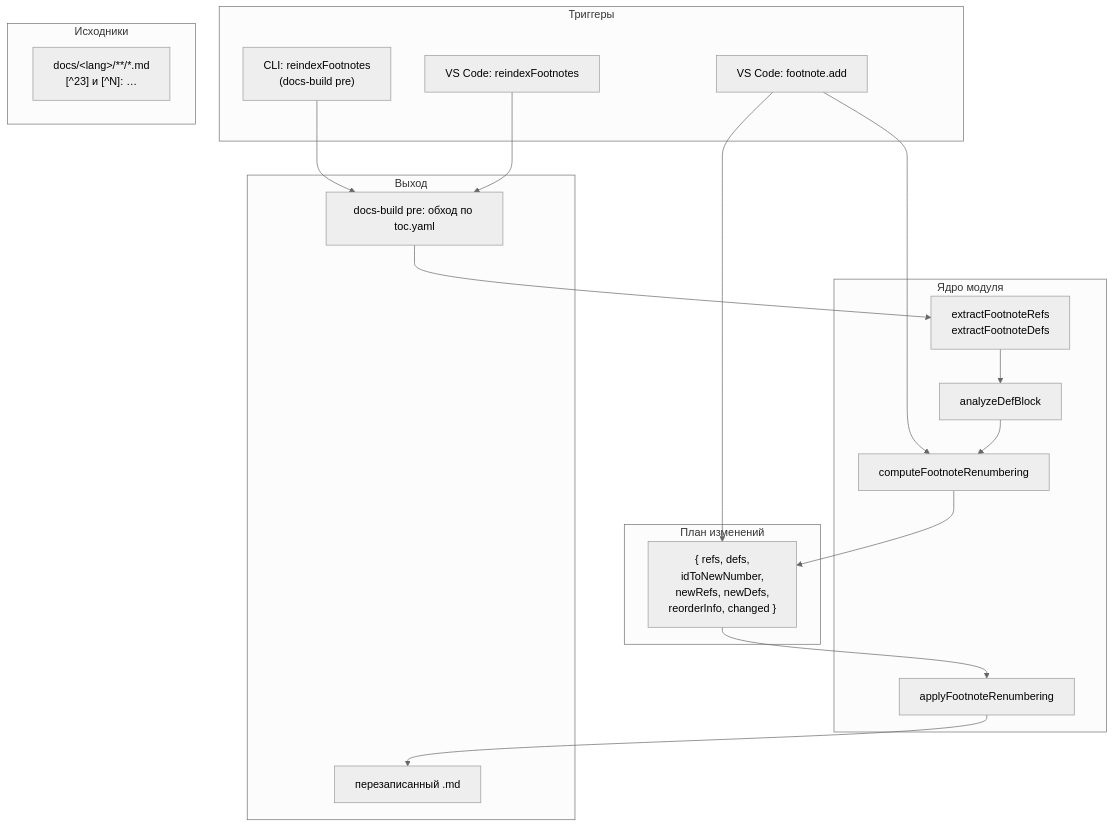
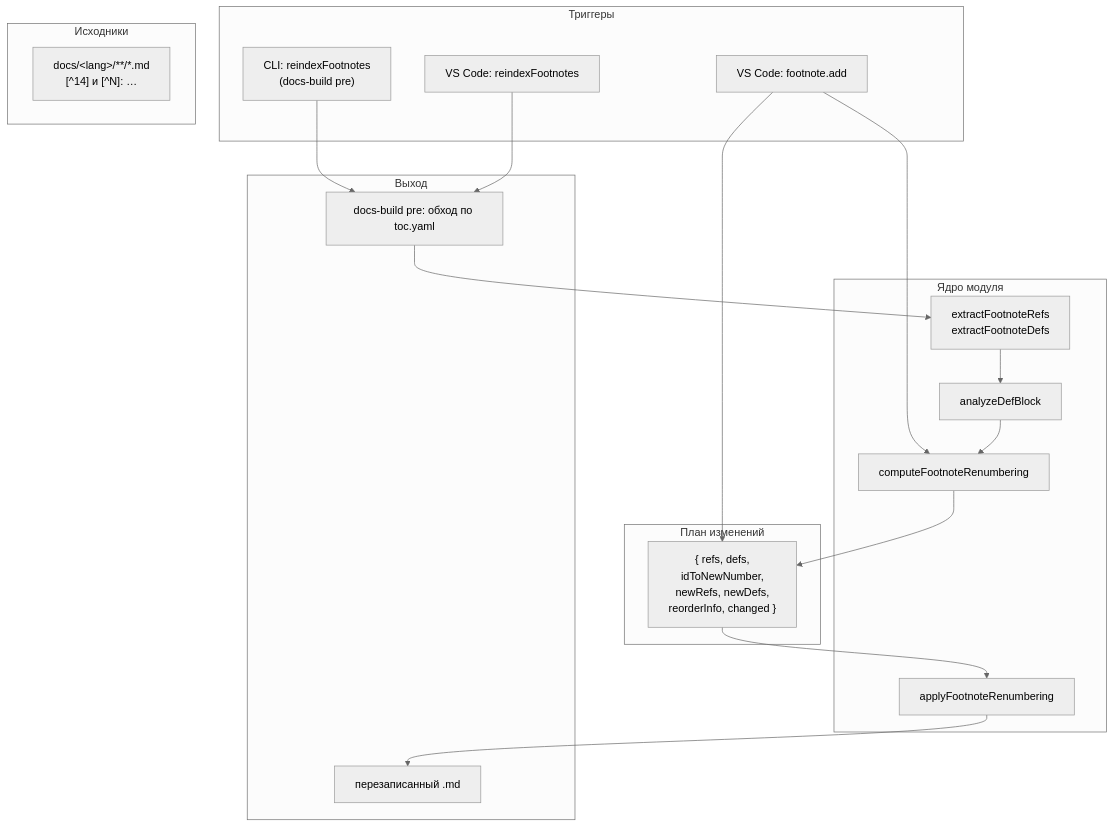
Before and after one commit to paulyeshchyk/diplodocHelper: the first of 2 diagrams in docs/docs/ru/Модули/Реестр/МодульСноски/index.md, drawn with Mermaid (neutral theme). The commit also changed other lines of this file and 110 other files, not shown here.

````diff
--- a/docs/docs/ru/Модули/Реестр/МодульСноски/index.md
+++ b/docs/docs/ru/Модули/Реестр/МодульСноски/index.md
@@ -51,34 +51,34 @@
 ```mermaid
 flowchart TB
     subgraph triggers[Триггеры]
         CLI["CLI: reindexFootnotes<br/>(docs-build pre)"]
         VSCA["VS Code: footnote.add"]
         VSCR["VS Code: reindexFootnotes"]
     end
     subgraph md[Исходники]
-        FILES["docs/&lt;lang&gt;/**/*.md<br/>[^23] и [^N]: …"]
+        FILES["docs/&lt;lang&gt;/**/*.md<br/>[^14] и [^N]: …"]
     end
     subgraph core[Ядро модуля]
         EXT["extractFootnoteRefs<br/>extractFootnoteDefs"]
         ANA["analyzeDefBlock"]
         CMP["computeFootnoteRenumbering"]
         APP["applyFootnoteRenumbering"]
     end
     subgraph plan[План изменений]
         P["{ refs, defs,<br/>idToNewNumber,<br/>newRefs, newDefs,<br/>reorderInfo, changed }"]
     end
     subgraph out[Выход]
         NEW["перезаписанный .md"]
         NEW2["docs-build pre: обход по toc.yaml"]
     end
     CLI --> NEW2
     VSCR --> NEW2
     VSCA --> CMP
     NEW2 --> EXT
     VSCA --> P
     EXT --> ANA
     ANA --> CMP
     CMP --> P
     P --> APP
     APP --> NEW
 ```
````
